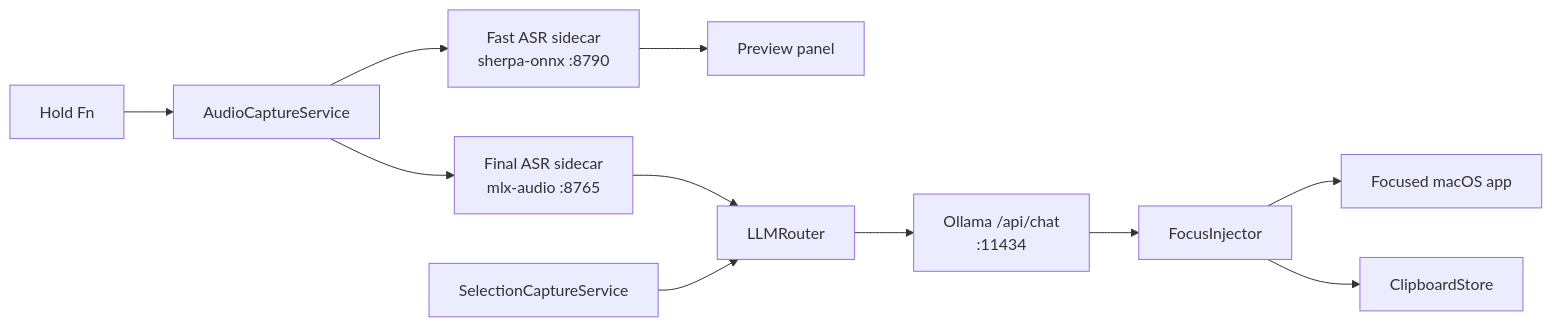
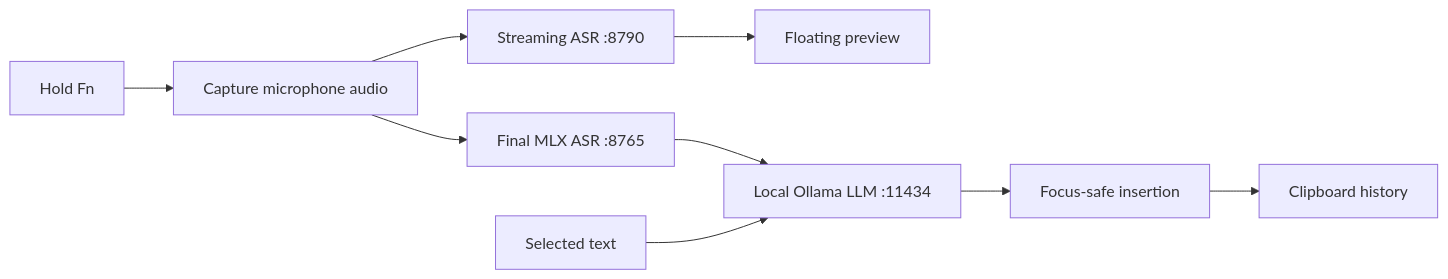
One commit to xiaokhkh/inVoice changed the diagram in README.en.md. Above: the diagram before and after it, drawn with Mermaid. The commit also changed other lines of this file and 1 other file, not shown here.

````diff
--- a/README.en.md
+++ b/README.en.md
@@ -91,13 +141,11 @@
 ```mermaid
 flowchart LR
-    A["Hold Fn"] --> B["AudioCaptureService"]
-    B --> C["Fast ASR sidecar<br/>sherpa-onnx :8790"]
-    C --> D["Preview panel"]
-    B --> E["Final ASR sidecar<br/>mlx-audio :8765"]
-    E --> F["LLMRouter"]
-    F --> G["Ollama /api/chat<br/>:11434"]
-    G --> H["FocusInjector"]
-    H --> I["Focused macOS app"]
-    J["SelectionCaptureService"] --> F
-    H --> K["ClipboardStore"]
+    A["Hold Fn"] --> B["Capture microphone audio"]
+    B --> C["Streaming ASR :8790"]
+    C --> D["Floating preview"]
+    B --> E["Final MLX ASR :8765"]
+    E --> F["Local Ollama LLM :11434"]
+    F --> G["Focus-safe insertion"]
+    H["Selected text"] --> F
+    G --> I["Clipboard history"]
 ```
````
